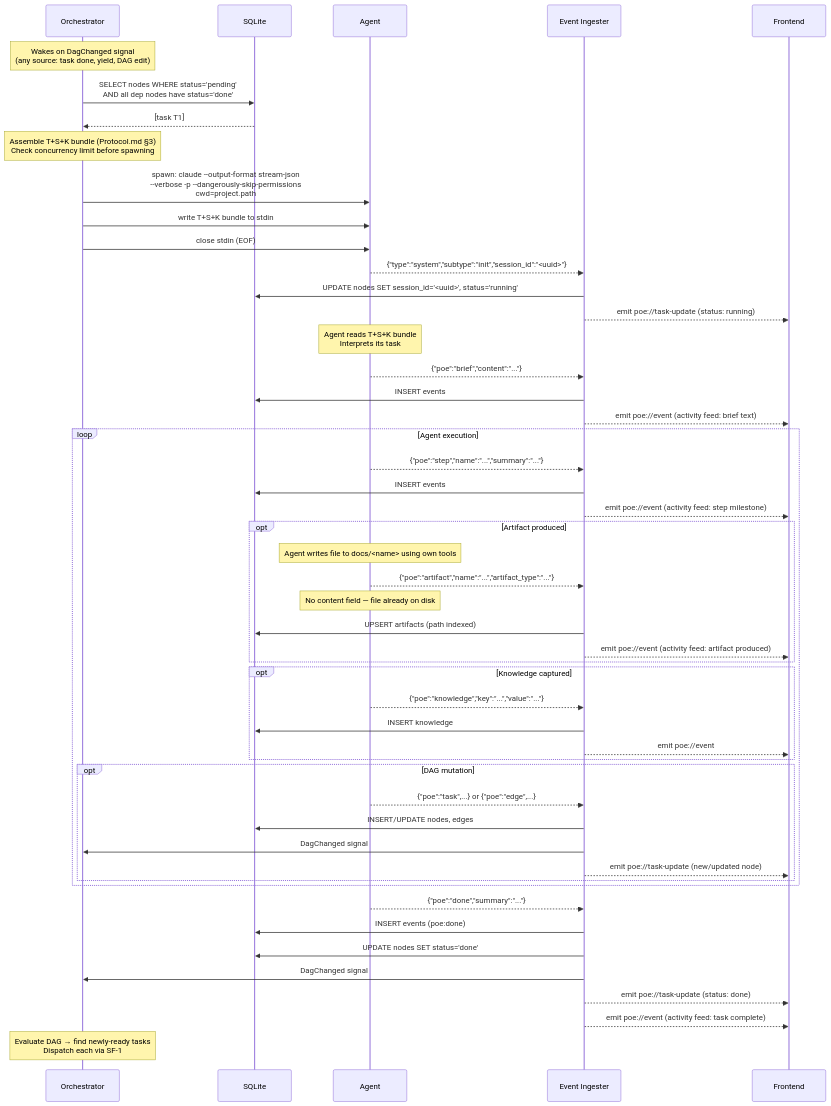
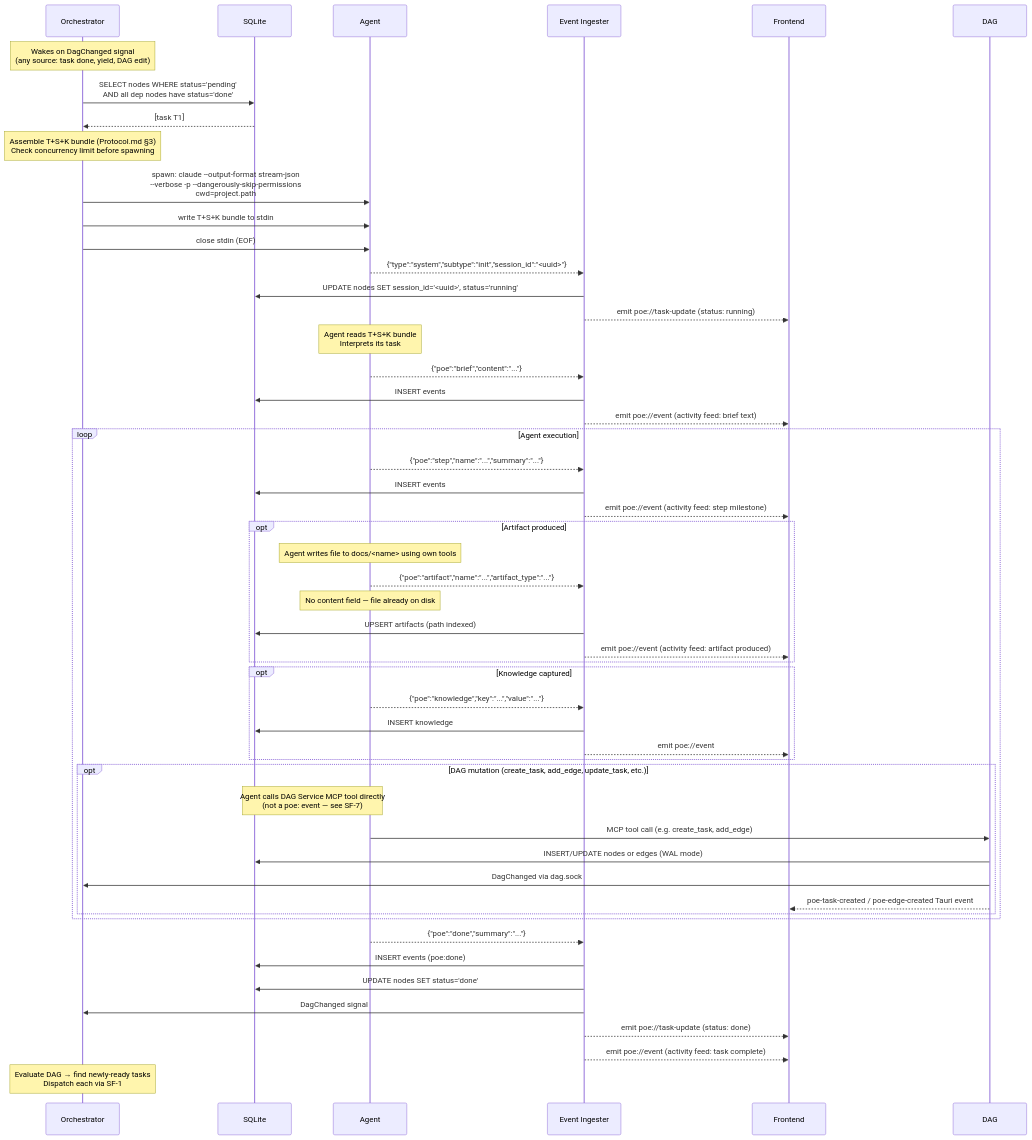
One commit to grant-traynor/bp6 changed the third of 10 diagrams in doc-POE/Flows.md. Above: the diagram before and after it, drawn with Mermaid. The commit also changed other lines of this file and 3 other files, not shown here.

````diff
--- a/doc-POE/Flows.md
+++ b/doc-POE/Flows.md
@@ -694,65 +714,66 @@
 ```mermaid
 sequenceDiagram
     participant Orch as Orchestrator
     participant DB as SQLite
     participant A as Agent
     participant Ing as Event Ingester
     participant FE as Frontend
 
     Note over Orch: Wakes on DagChanged signal<br/>(any source: task done, yield, DAG edit)
 
     Orch->>DB: SELECT nodes WHERE status='pending'<br/>AND all dep nodes have status='done'
     DB-->>Orch: [task T1]
 
     Note over Orch: Assemble T+S+K bundle (Protocol.md §3)<br/>Check concurrency limit before spawning
 
     Orch->>A: spawn: claude --output-format stream-json<br/>--verbose -p --dangerously-skip-permissions<br/>cwd=project.path
     Orch->>A: write T+S+K bundle to stdin
     Orch->>A: close stdin (EOF)
 
     A-->>Ing: {"type":"system","subtype":"init","session_id":"<uuid>"}
     Ing->>DB: UPDATE nodes SET session_id='<uuid>', status='running'
     Ing-->>FE: emit poe://task-update (status: running)
 
     Note over A: Agent reads T+S+K bundle<br/>Interprets its task
 
     A-->>Ing: {"poe":"brief","content":"..."}
     Ing->>DB: INSERT events
     Ing-->>FE: emit poe://event (activity feed: brief text)
 
     loop Agent execution
         A-->>Ing: {"poe":"step","name":"...","summary":"..."}
         Ing->>DB: INSERT events
         Ing-->>FE: emit poe://event (activity feed: step milestone)
 
         opt Artifact produced
             Note over A: Agent writes file to docs/<name> using own tools
             A-->>Ing: {"poe":"artifact","name":"...","artifact_type":"..."}
             Note over A: No content field — file already on disk
             Ing->>DB: UPSERT artifacts (path indexed)
             Ing-->>FE: emit poe://event (activity feed: artifact produced)
         end
 
         opt Knowledge captured
             A-->>Ing: {"poe":"knowledge","key":"...","value":"..."}
             Ing->>DB: INSERT knowledge
             Ing-->>FE: emit poe://event
         end
 
-        opt DAG mutation
-            A-->>Ing: {"poe":"task",...} or {"poe":"edge",...}
-            Ing->>DB: INSERT/UPDATE nodes, edges
-            Ing->>Orch: DagChanged signal
-            Ing-->>FE: emit poe://task-update (new/updated node)
+        opt DAG mutation (create_task, add_edge, update_task, etc.)
+            Note over A,DB: Agent calls DAG Service MCP tool directly<br/>(not a poe: event — see SF-7)
+            A->>DAG: MCP tool call (e.g. create_task, add_edge)
+            DAG->>DB: INSERT/UPDATE nodes or edges (WAL mode)
+            DAG->>Orch: DagChanged via dag.sock
+            DAG-->>FE: poe-task-created / poe-edge-created Tauri event
         end
     end
 
     A-->>Ing: {"poe":"done","summary":"..."}
     Ing->>DB: INSERT events (poe:done)
     Ing->>DB: UPDATE nodes SET status='done'
     Ing->>Orch: DagChanged signal
     Ing-->>FE: emit poe://task-update (status: done)
     Ing-->>FE: emit poe://event (activity feed: task complete)
 
     Note over Orch: Evaluate DAG → find newly-ready tasks<br/>Dispatch each via SF-1
 ```
````
